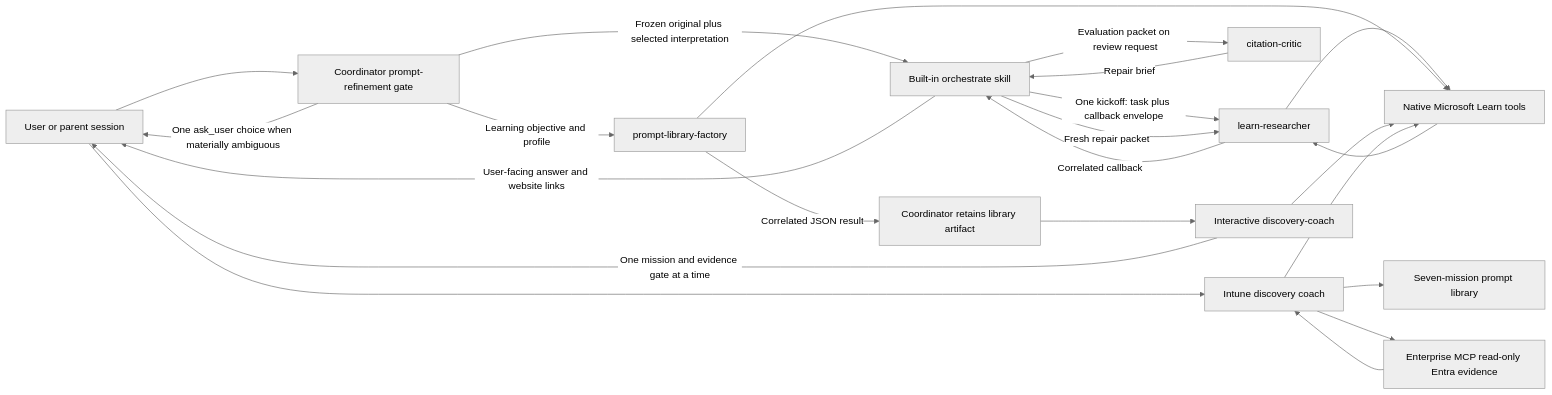
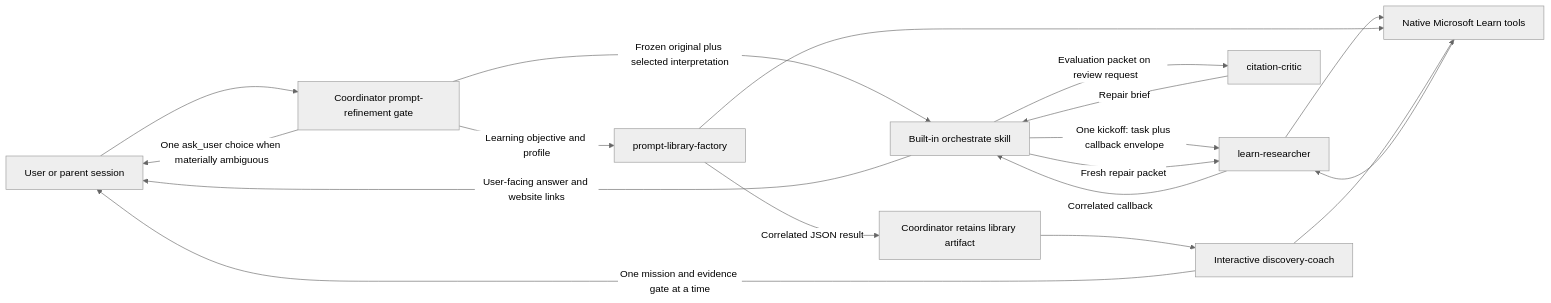
Before and after one commit to msucharda/azure-learn-copilot-app: the diagram in docs/architecture.md, drawn with Mermaid (neutral theme). The commit also changed other lines of this file and 11 other files, not shown here.

````diff
--- a/docs/architecture.md
+++ b/docs/architecture.md
@@ -7,25 +7,20 @@
 ```mermaid
 flowchart LR
     U[User or parent session] --> P[Coordinator prompt-refinement gate]
     P -->|One ask_user choice when materially ambiguous| U
     P -->|Frozen original plus selected interpretation| O[Built-in orchestrate skill]
     O -->|One kickoff: task plus callback envelope| R[learn-researcher]
     R --> L[Native Microsoft Learn tools]
     L --> R
     R -->|Correlated callback| O
     O -->|Evaluation packet on review request| C[citation-critic]
     C -->|Repair brief| O
     O -->|Fresh repair packet| R
     O -->|User-facing answer and website links| U
     P -->|Learning objective and profile| F[prompt-library-factory]
     F --> L
     F -->|Correlated JSON result| A[Coordinator retains library artifact]
     A --> G[Interactive discovery-coach]
     G --> L
     G -->|One mission and evidence gate at a time| U
-    U --> I[Intune discovery coach]
-    I --> M[Seven-mission prompt library]
-    I --> L
-    I --> E[Enterprise MCP read-only Entra evidence]
-    E --> I
 ```
````
